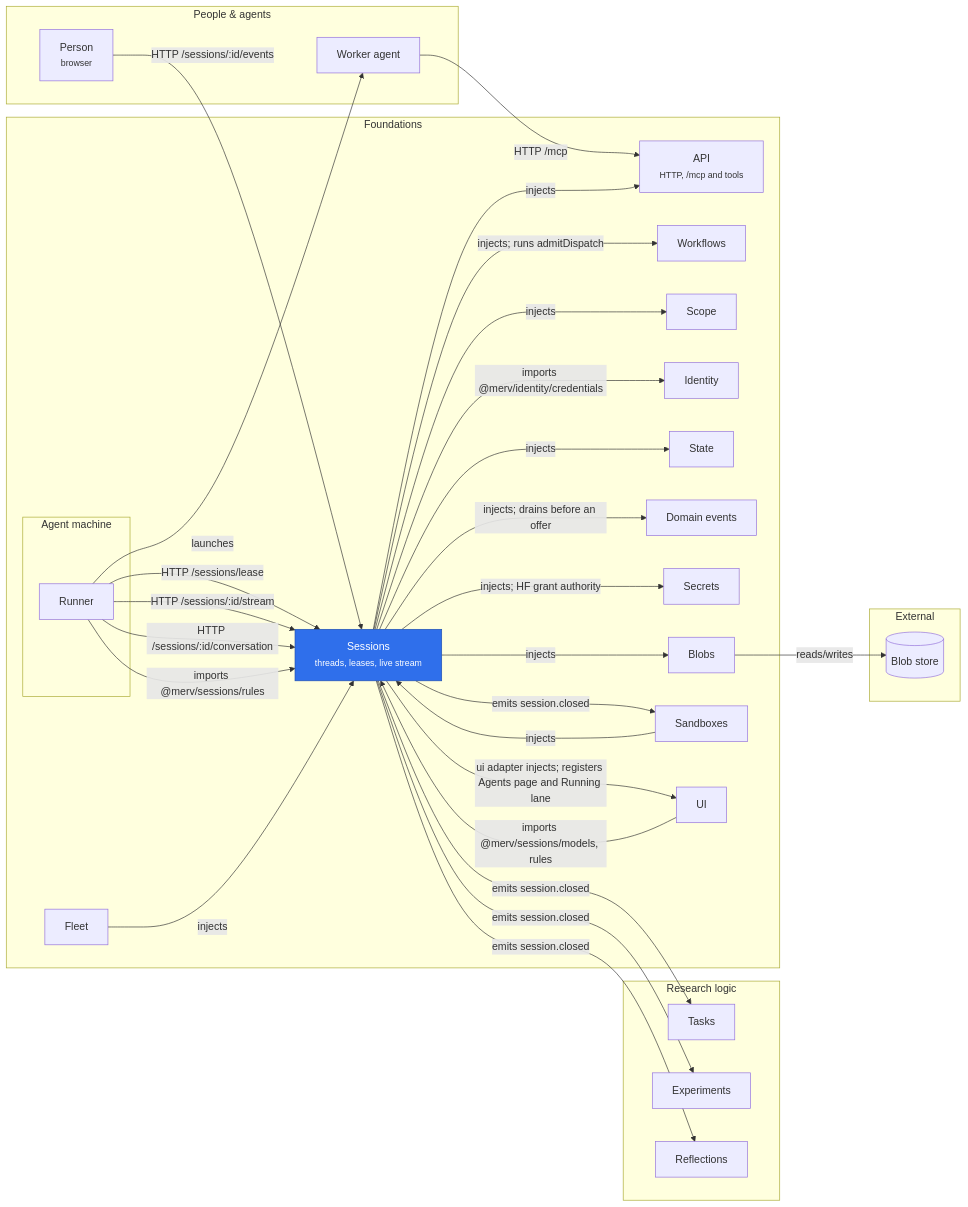
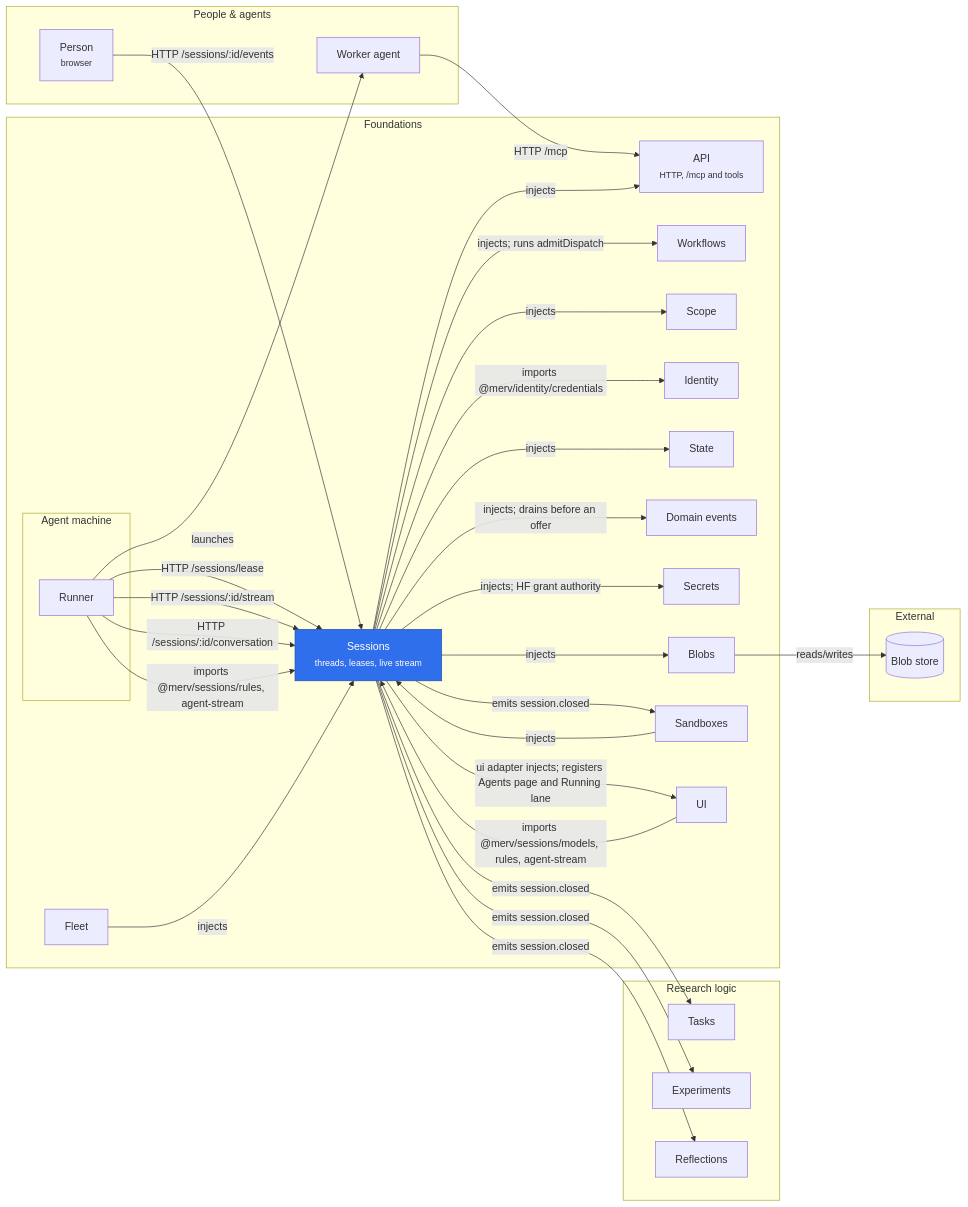
One commit to rapidreview-io/Merv changed the diagram in merv-typescript/packages/sessions/README.md. Above: the diagram before and after it, drawn with Mermaid. The commit also changed other lines of this file and 19 other files, not shown here.

First line of the commit message:
Move the agent stream to @merv/sessions/agent-stream

````diff
--- a/merv-typescript/packages/sessions/README.md
+++ b/merv-typescript/packages/sessions/README.md
@@ -16,58 +16,58 @@
 ```mermaid
 flowchart LR
   subgraph peopleLayer["People & agents"]
     person["Person<br/><small>browser</small>"]
     workerAgent["Worker agent"]
   end
   subgraph researchLayer["Research logic"]
     tasks["Tasks"]
     experiments["Experiments"]
     reflections["Reflections"]
   end
   subgraph foundationsLayer["Foundations"]
     subgraph machine["Agent machine"]
       runner["Runner"]
     end
     api["API<br/><small>HTTP, /mcp and tools</small>"]
     sessions["Sessions<br/><small>threads, leases, live stream</small>"]
     workflows["Workflows"]
     scope["Scope"]
     identity["Identity"]
     state["State"]
     domainEvents["Domain events"]
     secrets["Secrets"]
     blobs["Blobs"]
     fleet["Fleet"]
     sandboxes["Sandboxes"]
     ui["UI"]
   end
   subgraph externalLayer["External"]
     blobStore[("Blob store")]
   end
   runner -- "launches" --> workerAgent
   runner -- "HTTP /sessions/lease" --> sessions
   runner -- "HTTP /sessions/:id/stream" --> sessions
   runner -- "HTTP /sessions/:id/conversation" --> sessions
   workerAgent -- "HTTP /mcp" --> api
   person -- "HTTP /sessions/:id/events" --> sessions
   sessions -- "injects" --> api
   sessions -- "injects; runs admitDispatch" --> workflows
   sessions -- "injects" --> scope
   sessions -- "imports @merv/identity/credentials" --> identity
   sessions -- "injects" --> state
   sessions -- "injects; drains before an offer" --> domainEvents
   sessions -- "injects; HF grant authority" --> secrets
-  runner -- "imports @merv/sessions/rules" --> sessions
+  runner -- "imports @merv/sessions/rules, agent-stream" --> sessions
   sessions -- "injects" --> blobs
   blobs -- "reads/writes" --> blobStore
   fleet -- "injects" --> sessions
-  ui -- "imports @merv/sessions/models, rules" --> sessions
+  ui -- "imports @merv/sessions/models, rules, agent-stream" --> sessions
   sessions -- "ui adapter injects; registers Agents page and Running lane" --> ui
   sandboxes -- "injects" --> sessions
   sessions -- "emits session.closed" --> tasks
   sessions -- "emits session.closed" --> experiments
   sessions -- "emits session.closed" --> reflections
   sessions -- "emits session.closed" --> sandboxes
   classDef self fill:#2f6feb,color:#fff,stroke:#1f4fb0
   class sessions self
 ```
````
